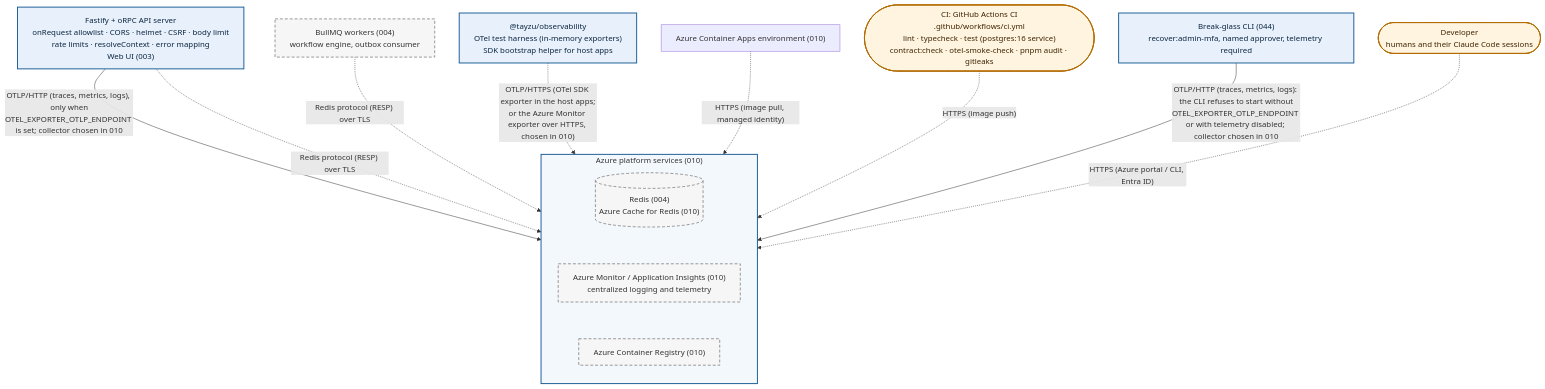
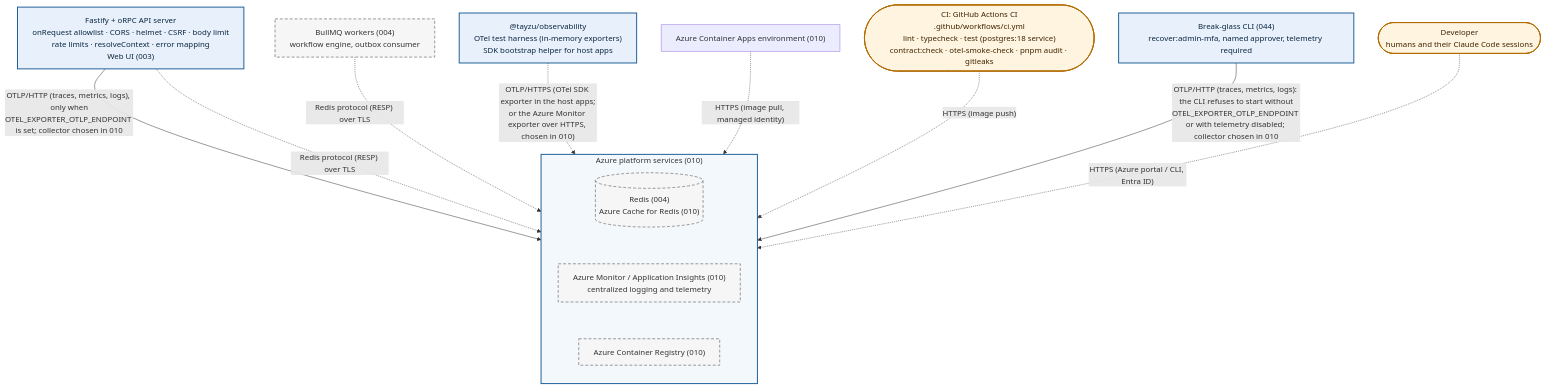
The sixth of 8 diagrams in docs/architecture/system-diagram.md (nahuex/tayzu), drawn with Mermaid before and after one commit. The commit also changed other lines of this file and 29 other files, not shown here.

````diff
--- a/docs/architecture/system-diagram.md
+++ b/docs/architecture/system-diagram.md
@@ -574,42 +574,42 @@
 ```mermaid
 ---
 config:
   flowchart:
     wrappingWidth: 420
 ---
 flowchart TB
     subgraph zone["Azure platform services (010)"]
         direction TB
         redis[("Redis (004)<br/>Azure Cache for Redis (010)")]
         monitor["Azure Monitor / Application Insights (010)<br/>centralized logging and telemetry"]
         acr["Azure Container Registry (010)"]
         redis ~~~ monitor
         monitor ~~~ acr
     end
 
     api["Fastify + oRPC API server<br/>onRequest allowlist · CORS · helmet · CSRF · body limit<br/>rate limits · resolveContext · error mapping<br/>Web UI (003)"]
     workers["BullMQ workers (004)<br/>workflow engine, outbox consumer"]
     obs["@tayzu/observability<br/>OTel test harness (in-memory exporters)<br/>SDK bootstrap helper for host apps"]
     acaEnv["Azure Container Apps environment (010)"]
-    ci(["CI: GitHub Actions CI<br/>.github/workflows/ci.yml<br/>lint · typecheck · test (postgres:16 service)<br/>contract:check · otel-smoke-check · pnpm audit · gitleaks"])
+    ci(["CI: GitHub Actions CI<br/>.github/workflows/ci.yml<br/>lint · typecheck · test (postgres:18 service)<br/>contract:check · otel-smoke-check · pnpm audit · gitleaks"])
     dev(["Developer<br/>humans and their Claude Code sessions"])
     breakGlass["Break-glass CLI (044)<br/>recover:admin-mfa, named approver, telemetry required"]
 
     api -->|"OTLP/HTTP (traces, metrics, logs), only when<br/>OTEL_EXPORTER_OTLP_ENDPOINT is set; collector chosen in 010"| monitor
     api -.->|"Redis protocol (RESP) over TLS"| redis
     workers -.->|"Redis protocol (RESP) over TLS"| redis
     obs -.->|"OTLP/HTTPS (OTel SDK exporter in the host apps;<br/>or the Azure Monitor exporter over HTTPS, chosen in 010)"| monitor
     acaEnv -.->|"HTTPS (image pull, managed identity)"| acr
     ci -.->|"HTTPS (image push)"| acr
     dev -.->|"HTTPS (Azure portal / CLI, Entra ID)"| zone
     breakGlass -->|"OTLP/HTTP (traces, metrics, logs): the CLI refuses to start without<br/>OTEL_EXPORTER_OTLP_ENDPOINT or with telemetry disabled; collector chosen in 010"| monitor
 
     classDef current fill:#e8f1fb,stroke:#1f5f99,stroke-width:2px,color:#0b2540
     classDef planned fill:#f6f6f6,stroke:#777777,stroke-width:1.5px,stroke-dasharray:6 4,color:#333333
     classDef actor fill:#fff4e0,stroke:#b36b00,stroke-width:2px,color:#3d2400
     classDef externalSys fill:#ffffff,stroke:#555555,stroke-width:1px,color:#222222
     class api,obs,breakGlass current
     class redis,monitor,acr,workers planned
     class ci,dev actor
     style zone fill:#f3f8fd,stroke:#1f5f99,stroke-width:2px
 ```
````
